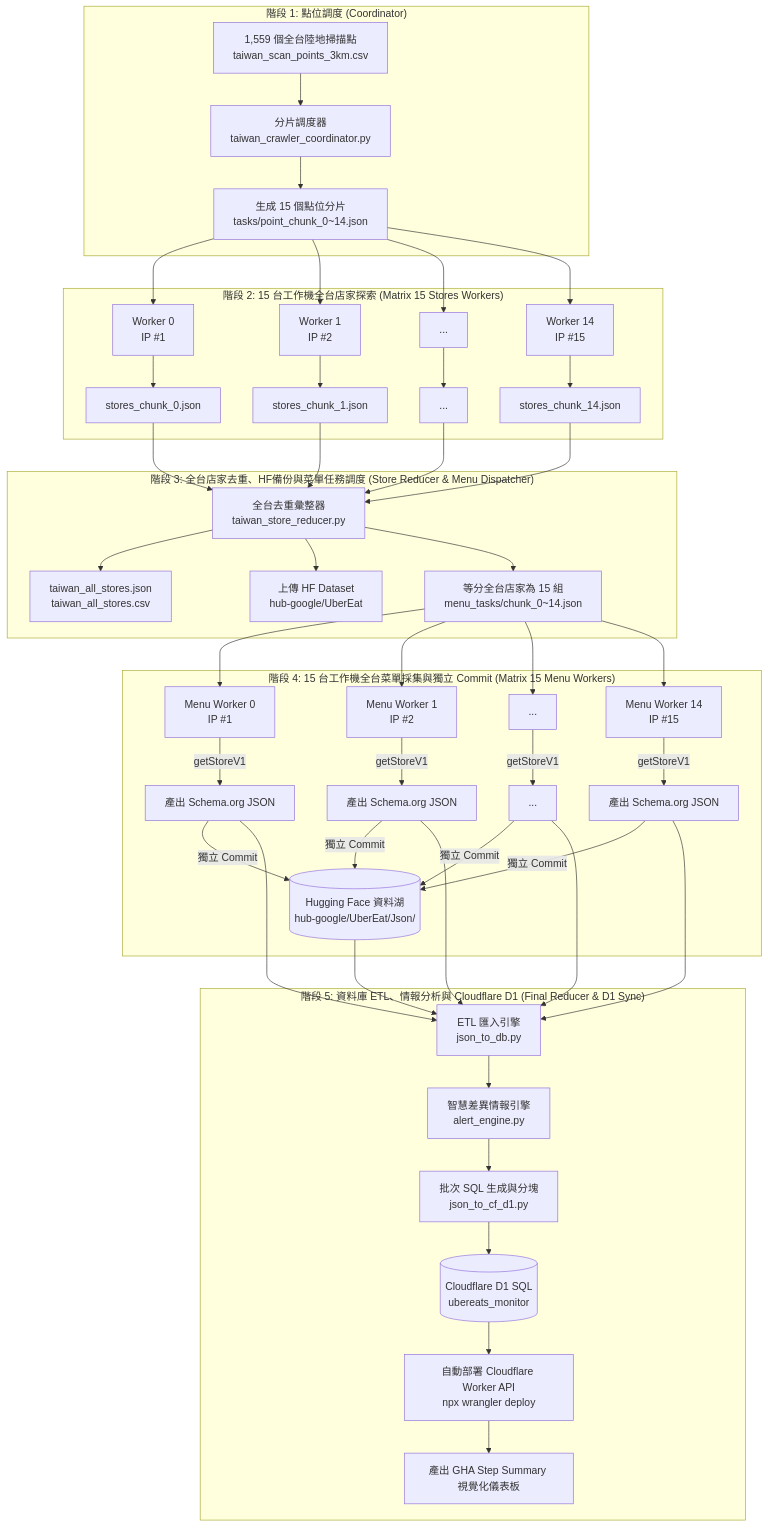
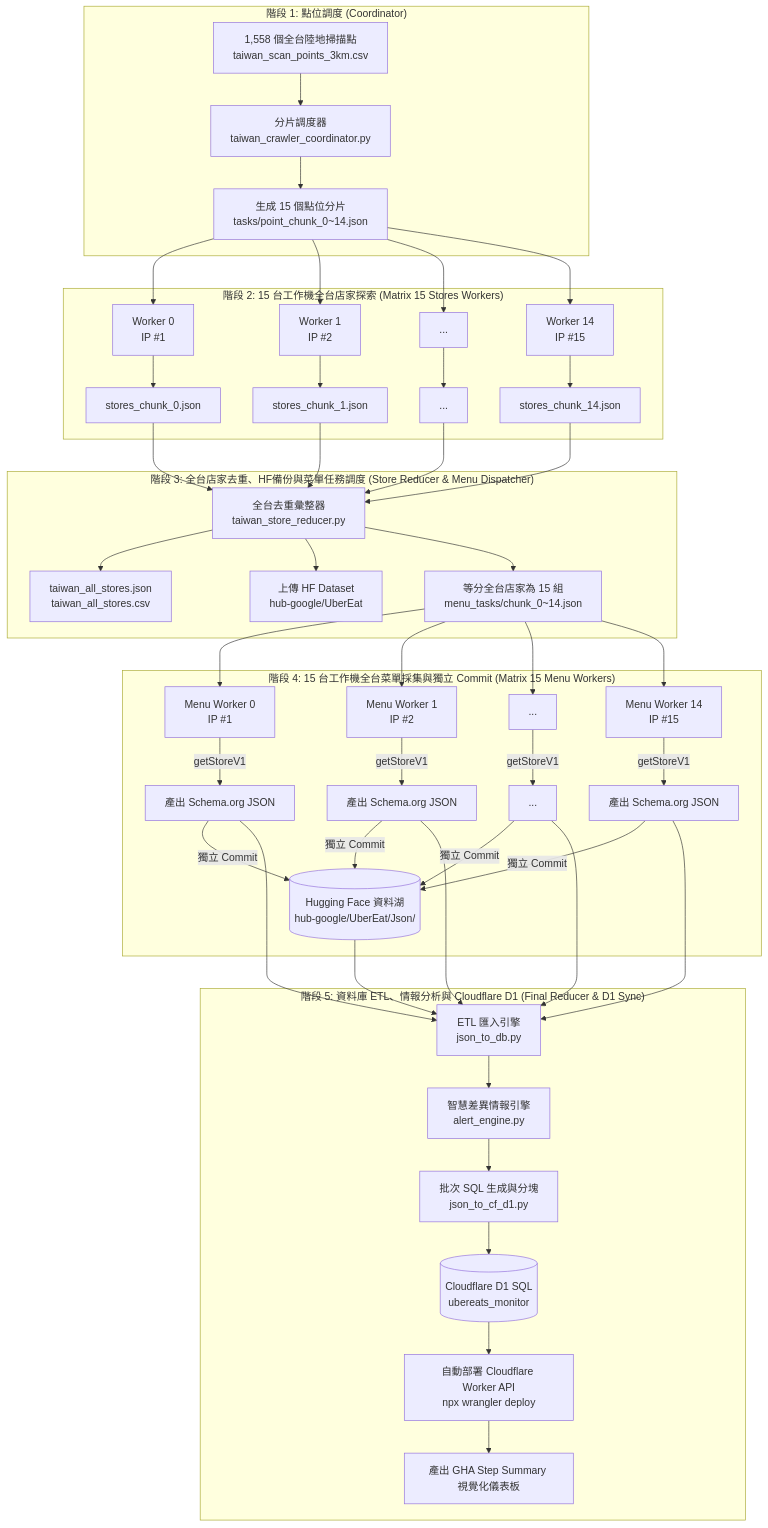
One commit to fafagoback/UberEat changed the diagram in 系統需求書.md. Above: the diagram before and after it, drawn with Mermaid. The commit also changed other lines of this file and 5 other files, not shown here.

````diff
--- a/系統需求書.md
+++ b/系統需求書.md
@@ -33,51 +33,51 @@
 ```mermaid
 flowchart TD
     subgraph STAGE_1 ["階段 1: 點位調度 (Coordinator)"]
-        A[1,559 個全台陸地掃描點<br/>taiwan_scan_points_3km.csv] --> B[分片調度器<br/>taiwan_crawler_coordinator.py]
+        A[1,558 個全台陸地掃描點<br/>taiwan_scan_points_3km.csv] --> B[分片調度器<br/>taiwan_crawler_coordinator.py]
         B --> C[生成 15 個點位分片<br/>tasks/point_chunk_0~14.json]
     end
 
     subgraph STAGE_2 ["階段 2: 15 台工作機全台店家探索 (Matrix 15 Stores Workers)"]
         C --> D1[Worker 0<br/>IP #1]
         C --> D2[Worker 1<br/>IP #2]
         C --> D3[...]
         C --> D4[Worker 14<br/>IP #15]
         D1 --> E1[stores_chunk_0.json]
         D2 --> E2[stores_chunk_1.json]
         D3 --> E3[...]
         D4 --> E4[stores_chunk_14.json]
     end
 
     subgraph STAGE_3 ["階段 3: 全台店家去重、HF備份與菜單任務調度 (Store Reducer & Menu Dispatcher)"]
         E1 & E2 & E3 & E4 --> F[全台去重彙整器<br/>taiwan_store_reducer.py]
         F --> G1[taiwan_all_stores.json<br/>taiwan_all_stores.csv]
         F --> G2[上傳 HF Dataset<br/>hub-google/UberEat]
         F --> H[等分全台店家為 15 組<br/>menu_tasks/chunk_0~14.json]
     end
 
     subgraph STAGE_4 ["階段 4: 15 台工作機全台菜單採集與獨立 Commit (Matrix 15 Menu Workers)"]
         H --> M1[Menu Worker 0<br/>IP #1]
         H --> M2[Menu Worker 1<br/>IP #2]
         H --> M3[...]
         H --> M4[Menu Worker 14<br/>IP #15]
         
         M1 -- getStoreV1 --> J1[產出 Schema.org JSON]
         M2 -- getStoreV1 --> J2[產出 Schema.org JSON]
         M3 -- getStoreV1 --> J3[...]
         M4 -- getStoreV1 --> J4[產出 Schema.org JSON]
 
         J1 -- 獨立 Commit --> HF[(Hugging Face 資料湖<br/>hub-google/UberEat/Json/)]
         J2 -- 獨立 Commit --> HF
         J3 -- 獨立 Commit --> HF
         J4 -- 獨立 Commit --> HF
     end
 
     subgraph STAGE_5 ["階段 5: 資料庫 ETL、情報分析與 Cloudflare D1 (Final Reducer & D1 Sync)"]
         J1 & J2 & J3 & J4 & HF --> K[ETL 匯入引擎<br/>json_to_db.py]
         K --> L[智慧差異情報引擎<br/>alert_engine.py]
         L --> N[批次 SQL 生成與分塊<br/>json_to_cf_d1.py]
         N --> O[(Cloudflare D1 SQL<br/>ubereats_monitor)]
         O --> P[自動部署 Cloudflare Worker API<br/>npx wrangler deploy]
         P --> Q[產出 GHA Step Summary 視覺化儀表板]
     end
 ```
````
